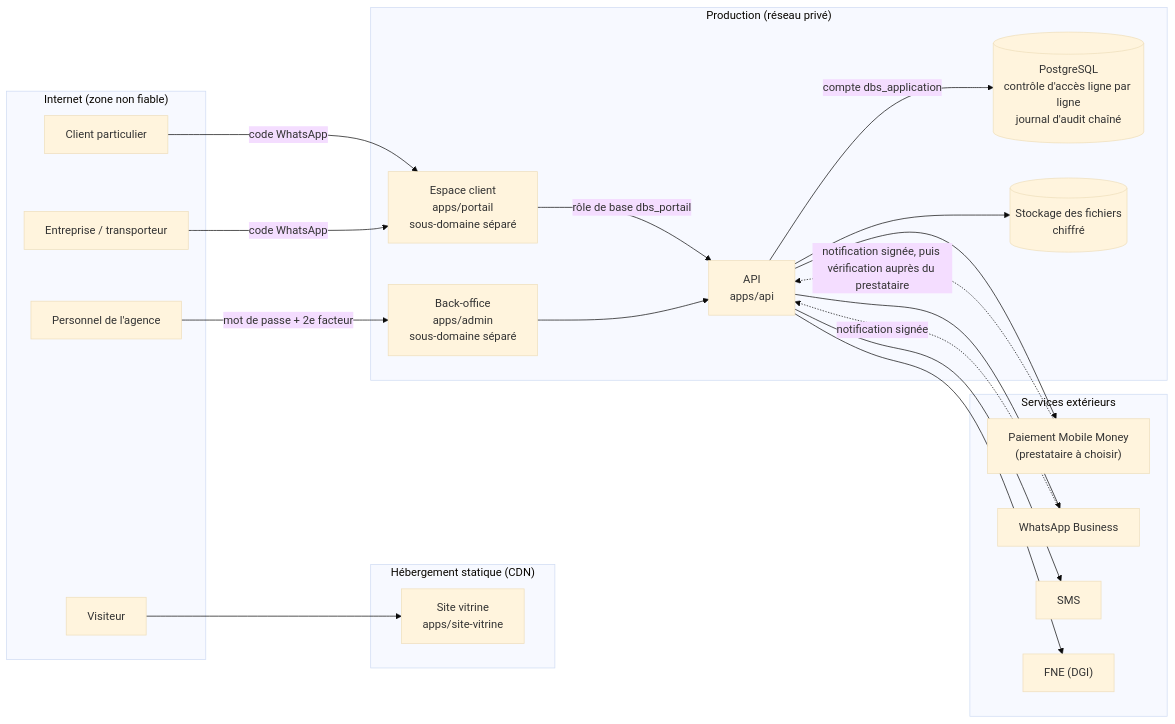
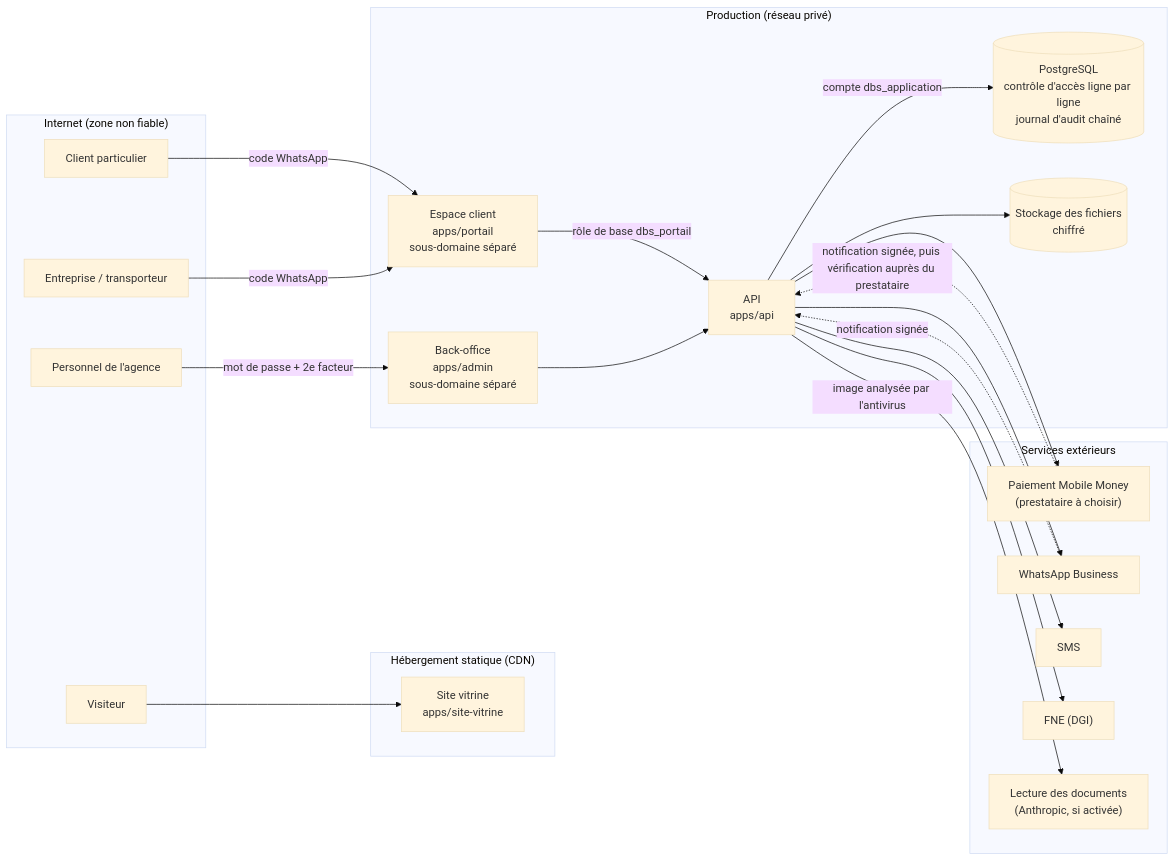
The diagram in docs/architecture/vue-d-ensemble.md (doumby87-stack/DBS-ASSURANCES), drawn with Mermaid (base theme) before and after one commit. The commit also changed 13 other files, not shown here.

First line of the commit message:
docs: lecture automatique des documents (ADR 0015), démonstration simulée

````diff
--- a/docs/architecture/vue-d-ensemble.md
+++ b/docs/architecture/vue-d-ensemble.md
@@ -5,43 +5,45 @@
 ```mermaid
 flowchart LR
   subgraph Internet["Internet (zone non fiable)"]
     V["Visiteur"]
     C["Client particulier"]
     G["Entreprise / transporteur"]
     P["Personnel de l'agence"]
   end
 
   subgraph Statique["Hébergement statique (CDN)"]
     SV["Site vitrine<br/>apps/site-vitrine"]
   end
 
   subgraph Prod["Production (réseau privé)"]
     PO["Espace client<br/>apps/portail<br/>sous-domaine séparé"]
     BO["Back-office<br/>apps/admin<br/>sous-domaine séparé"]
     API["API<br/>apps/api"]
     DB[("PostgreSQL<br/>contrôle d'accès ligne par ligne<br/>journal d'audit chaîné")]
     F[("Stockage des fichiers<br/>chiffré")]
   end
 
   subgraph Tiers["Services extérieurs"]
     PAY["Paiement Mobile Money<br/>(prestataire à choisir)"]
     WA["WhatsApp Business"]
     SMS["SMS"]
     FNE["FNE (DGI)"]
+    IA["Lecture des documents<br/>(Anthropic, si activée)"]
   end
 
   V --> SV
   C -->|"code WhatsApp"| PO
   G -->|"code WhatsApp"| PO
   P -->|"mot de passe + 2e facteur"| BO
   PO -->|"rôle de base dbs_portail"| API
   BO --> API
   API -->|"compte dbs_application"| DB
   API --> F
   API --> PAY
   API --> WA
   API --> SMS
   API --> FNE
+  API -->|"image analysée par l'antivirus"| IA
   PAY -.->|"notification signée, puis vérification auprès du prestataire"| API
   WA -.->|"notification signée"| API
 ```
````
